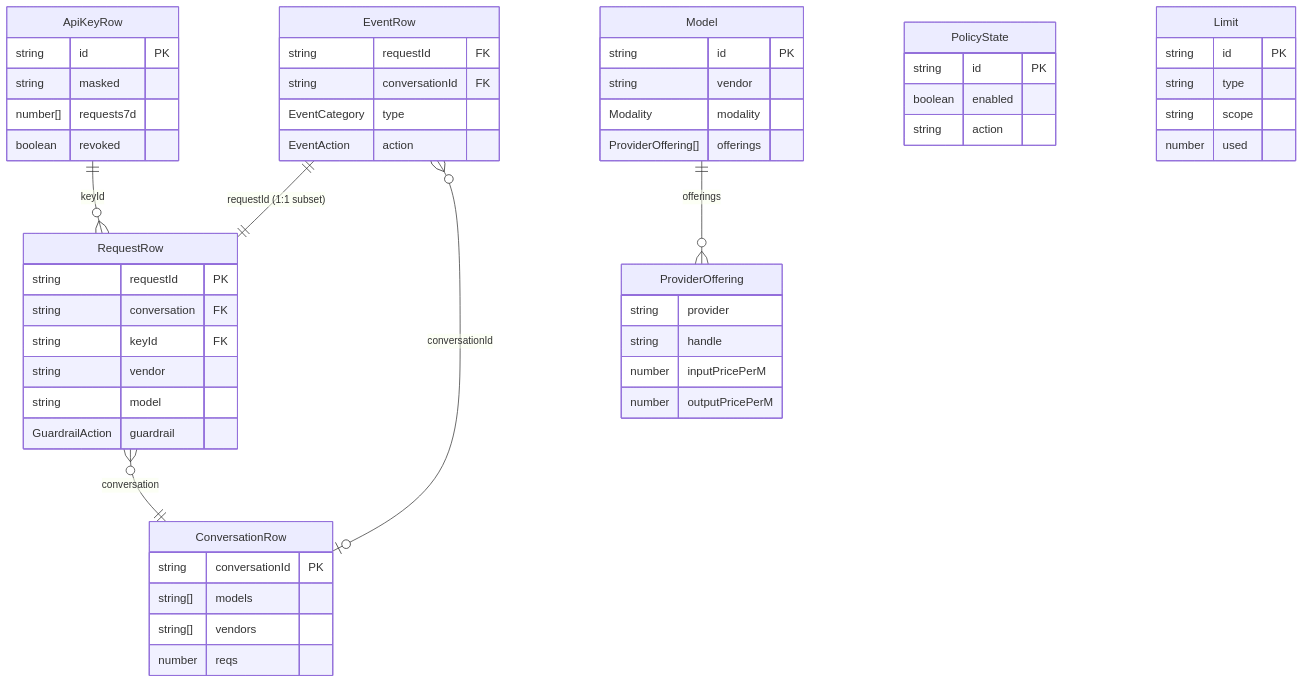
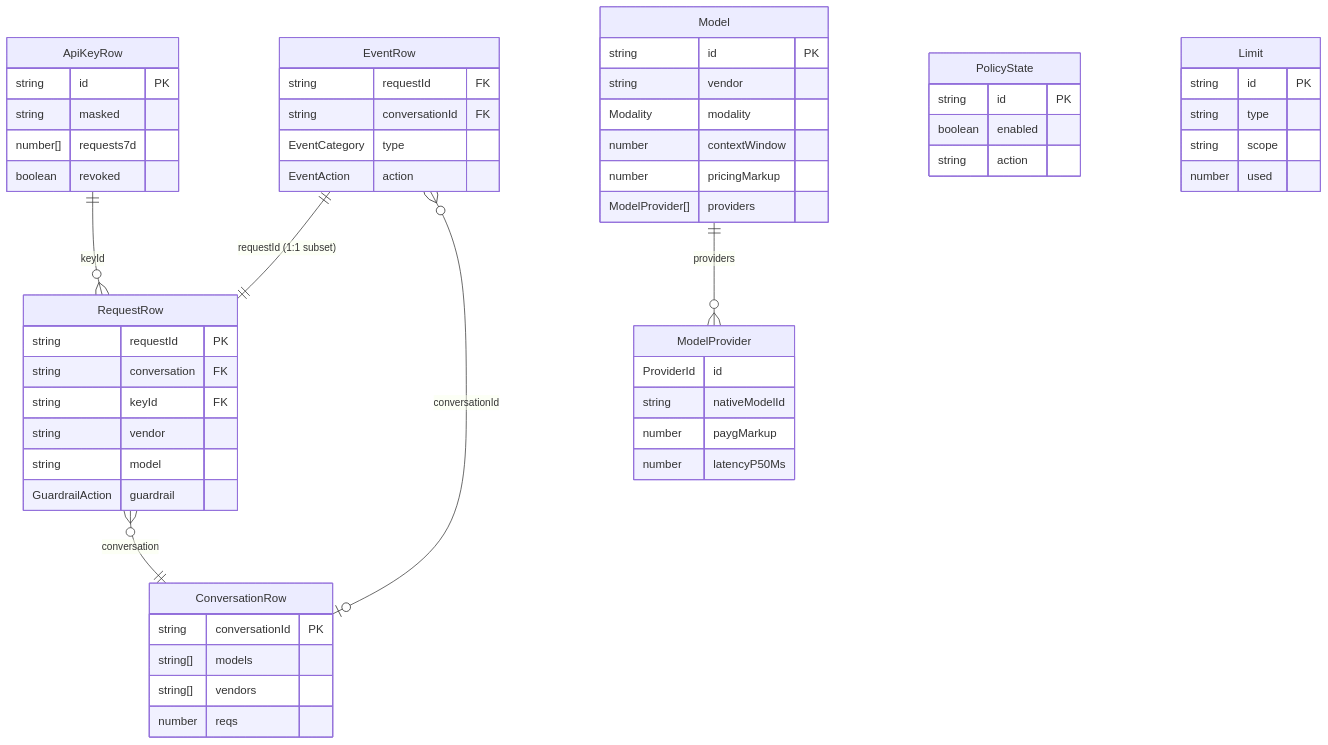
The second of 4 diagrams in data-model.md (Neoneue/gate-ai-build), drawn with Mermaid before and after one commit. The commit also changed other lines of this file and 13 other files, not shown here.

````diff
--- a/data-model.md
+++ b/data-model.md
@@ -405,58 +453,60 @@
 ```mermaid
 erDiagram
     ApiKeyRow {
         string id PK
         string masked
         number[] requests7d
         boolean revoked
     }
     RequestRow {
         string requestId PK
         string conversation FK
         string keyId FK
         string vendor
         string model
         GuardrailAction guardrail
     }
     ConversationRow {
         string conversationId PK
         string[] models
         string[] vendors
         number reqs
     }
     EventRow {
         string requestId FK
         string conversationId FK
         EventCategory type
         EventAction action
     }
     Model {
         string id PK
         string vendor
         Modality modality
-        ProviderOffering[] offerings
+        number contextWindow
+        number pricingMarkup
+        ModelProvider[] providers
     }
-    ProviderOffering {
-        string provider
-        string handle
-        number inputPricePerM
-        number outputPricePerM
+    ModelProvider {
+        ProviderId id
+        string nativeModelId
+        number paygMarkup
+        number latencyP50Ms
     }
     PolicyState {
         string id PK
         boolean enabled
         string action
     }
     Limit {
         string id PK
         string type
         string scope
         number used
     }
 
     ApiKeyRow ||--o{ RequestRow : "keyId"
     RequestRow }o--|| ConversationRow : "conversation"
     EventRow ||--|| RequestRow : "requestId (1:1 subset)"
     EventRow }o--o| ConversationRow : "conversationId"
-    Model ||--o{ ProviderOffering : "offerings"
+    Model ||--o{ ModelProvider : "providers"
 ```
````
